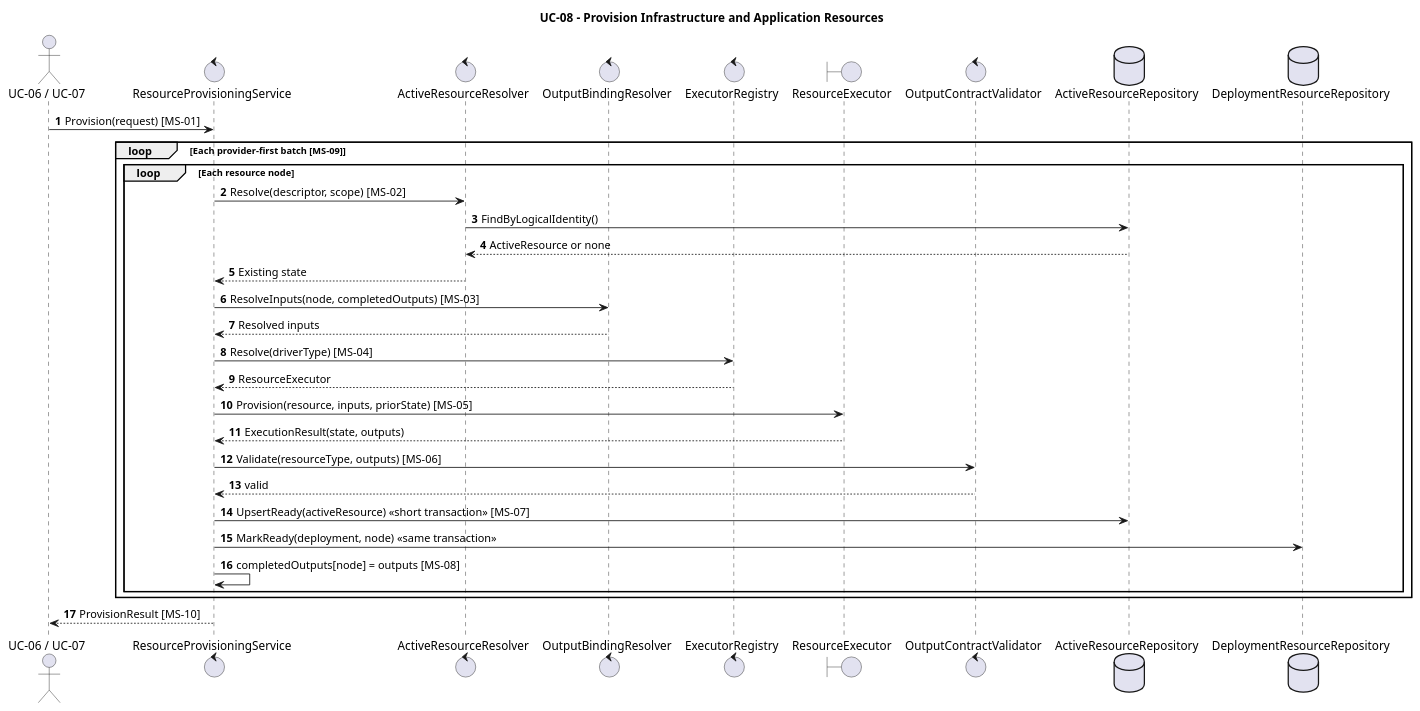
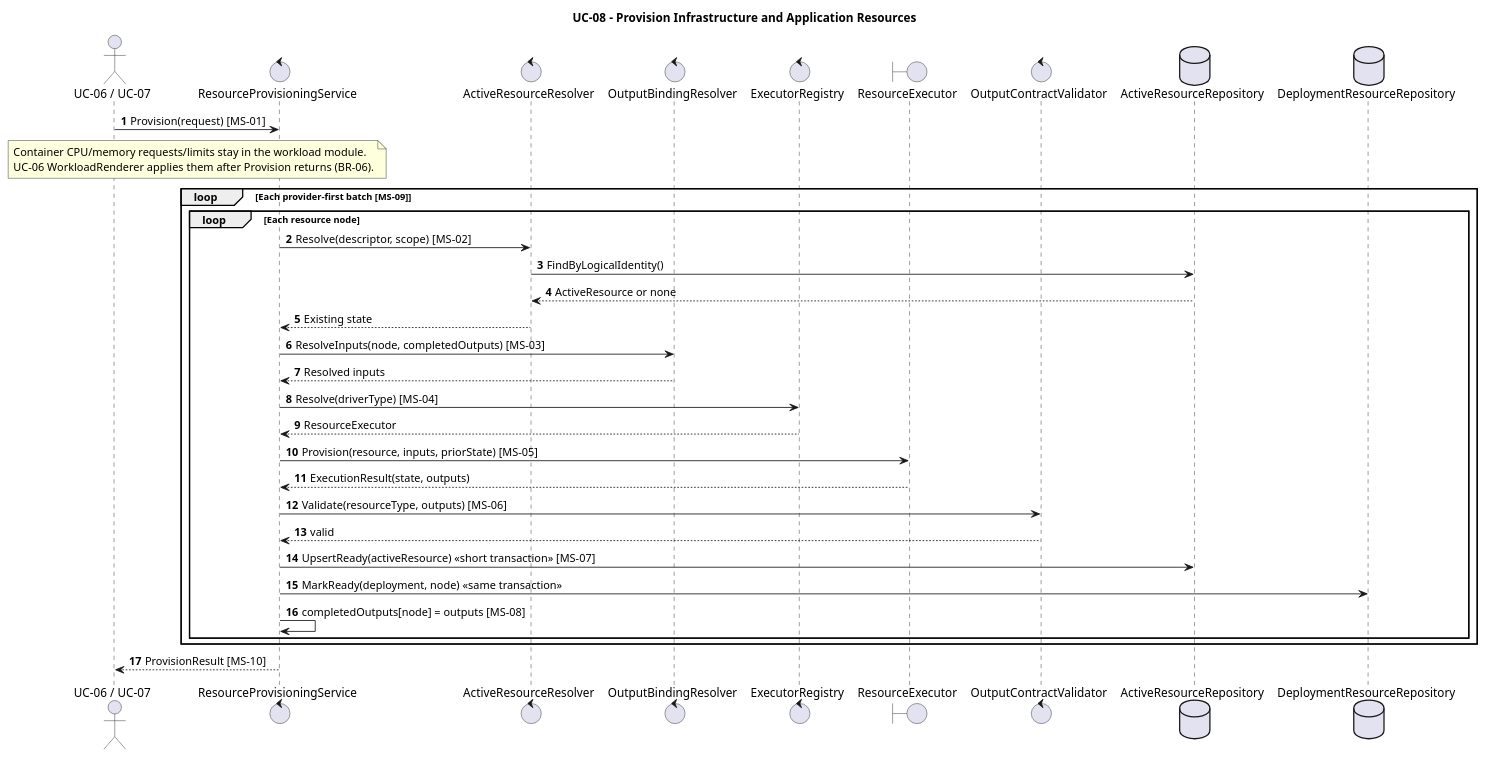
The diagram in orchestrator_docs/usecase/UC-08/sequence.puml (pr3s3nt/poc), drawn with PlantUML before and after one commit. The commit also changed 63 other files, not shown here.

```diff
--- a/orchestrator_docs/usecase/UC-08/sequence.puml
+++ b/orchestrator_docs/usecase/UC-08/sequence.puml
@@ -1,35 +1,39 @@
 @startuml
 title UC-08 - Provision Infrastructure and Application Resources
 autonumber
 actor "UC-06 / UC-07" as Caller
 control ResourceProvisioningService as Service
 control ActiveResourceResolver as ActiveResolver
 control OutputBindingResolver as BindingResolver
 control ExecutorRegistry as Registry
 boundary ResourceExecutor as Executor
 control OutputContractValidator as Validator
 database ActiveResourceRepository as ResourceRepo
 database DeploymentResourceRepository as DeploymentResourceRepo
 
 Caller -> Service: Provision(request) [MS-01]
+note over Caller, Service
+Container CPU/memory requests/limits stay in the workload module.
+UC-06 WorkloadRenderer applies them after Provision returns (BR-06).
+end note
 loop Each provider-first batch [MS-09]
   loop Each resource node
     Service -> ActiveResolver: Resolve(descriptor, scope) [MS-02]
     ActiveResolver -> ResourceRepo: FindByLogicalIdentity()
     ResourceRepo --> ActiveResolver: ActiveResource or none
     ActiveResolver --> Service: Existing state
     Service -> BindingResolver: ResolveInputs(node, completedOutputs) [MS-03]
     BindingResolver --> Service: Resolved inputs
     Service -> Registry: Resolve(driverType) [MS-04]
     Registry --> Service: ResourceExecutor
     Service -> Executor: Provision(resource, inputs, priorState) [MS-05]
     Executor --> Service: ExecutionResult(state, outputs)
     Service -> Validator: Validate(resourceType, outputs) [MS-06]
     Validator --> Service: valid
     Service -> ResourceRepo: UpsertReady(activeResource) <<short transaction>> [MS-07]
     Service -> DeploymentResourceRepo: MarkReady(deployment, node) <<same transaction>>
     Service -> Service: completedOutputs[node] = outputs [MS-08]
   end
 end
 Service --> Caller: ProvisionResult [MS-10]
 @enduml
```
